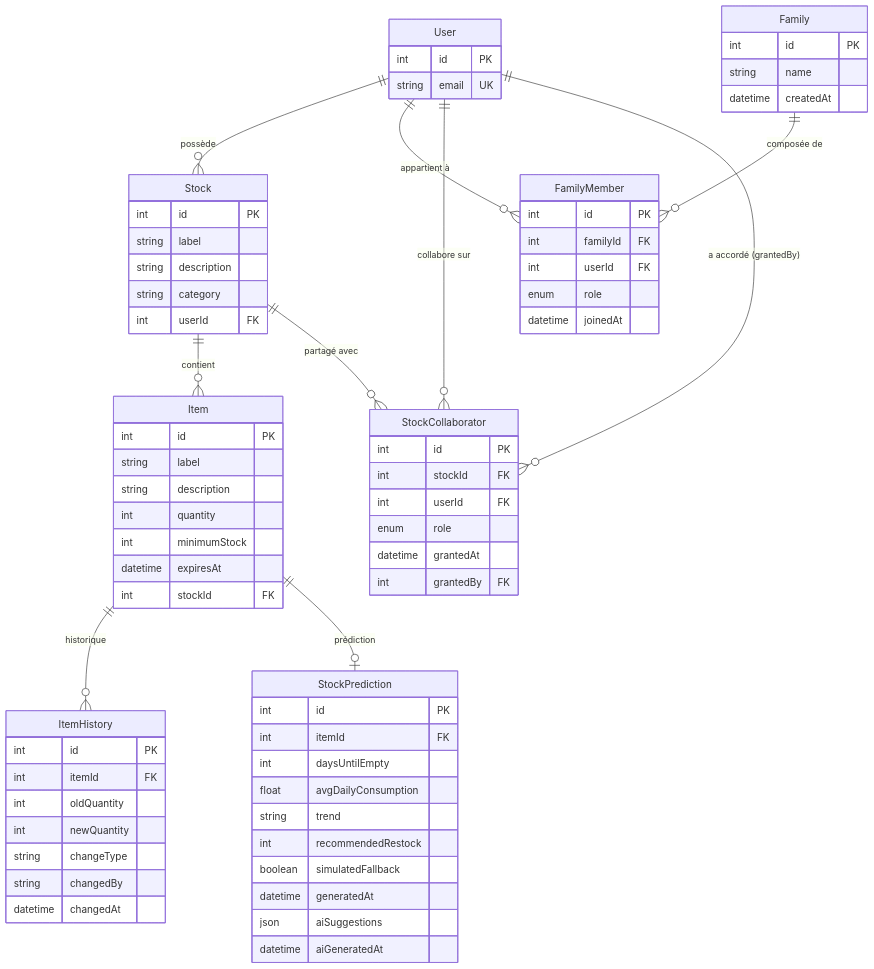
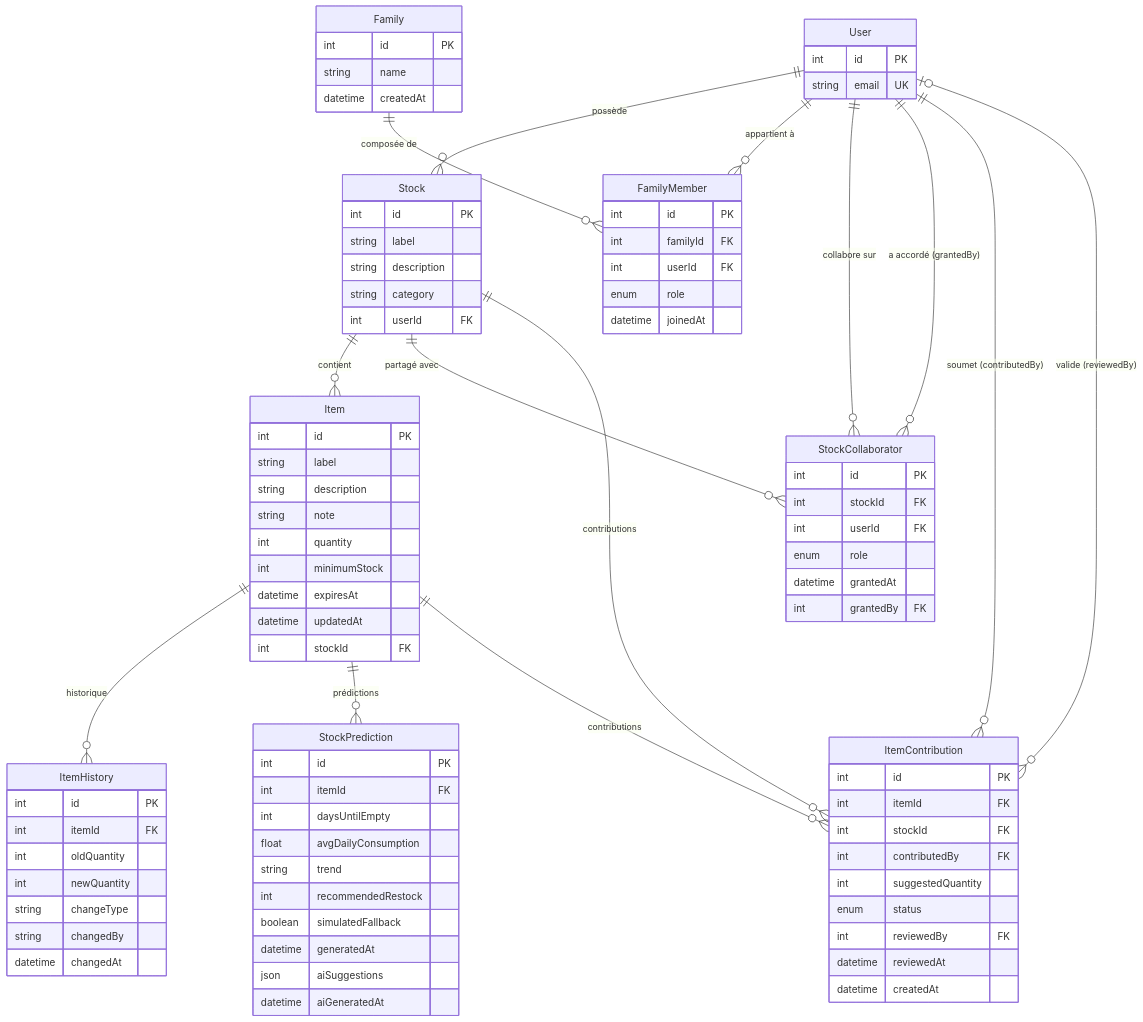
One commit to SandrineCipolla/stockhub_back changed the diagram in docs/technical/database-schema.md. Above: the diagram before and after it, drawn with Mermaid. The commit also changed other lines of this file and 4 other files, not shown here.

````diff
--- a/docs/technical/database-schema.md
+++ b/docs/technical/database-schema.md
@@ -26,10 +25,24 @@
         int id PK
         string label
         string description
+        string note
         int quantity
         int minimumStock
         datetime expiresAt
+        datetime updatedAt
         int stockId FK
+    }
+
+    ItemContribution {
+        int id PK
+        int itemId FK
+        int stockId FK
+        int contributedBy FK
+        int suggestedQuantity
+        enum status
+        int reviewedBy FK
+        datetime reviewedAt
+        datetime createdAt
     }
 
     ItemHistory {
@@ -81,10 +94,14 @@
     User ||--o{ Stock : "possède"
     Stock ||--o{ Item : "contient"
     Item ||--o{ ItemHistory : "historique"
-    Item ||--o| StockPrediction : "prédiction"
+    Item ||--o{ StockPrediction : "prédictions"
     User ||--o{ FamilyMember : "appartient à"
     Family ||--o{ FamilyMember : "composée de"
     User ||--o{ StockCollaborator : "collabore sur"
     Stock ||--o{ StockCollaborator : "partagé avec"
     User ||--o{ StockCollaborator : "a accordé (grantedBy)"
+    Item ||--o{ ItemContribution : "contributions"
+    Stock ||--o{ ItemContribution : "contributions"
+    User ||--o{ ItemContribution : "soumet (contributedBy)"
+    User |o--o{ ItemContribution : "valide (reviewedBy)"
 ```
````
